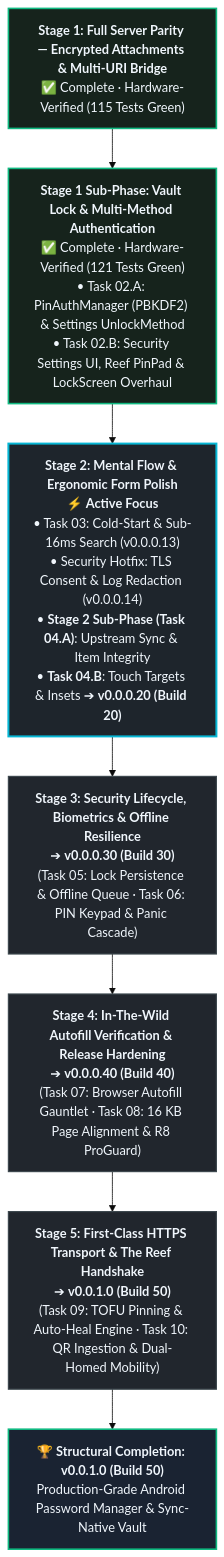
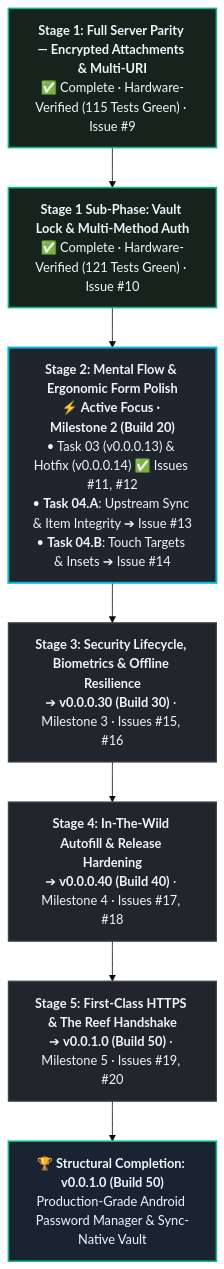
Before and after one commit to ClawStackStudios/ShellGuard-Mobile: the diagram in project/meta-prompt-ai-studio.md, drawn with Mermaid (base theme). The commit also changed other lines of this file, not shown here.

````diff
--- a/project/meta-prompt-ai-studio.md
+++ b/project/meta-prompt-ai-studio.md
@@ -16,23 +16,17 @@
 ```mermaid
 flowchart TD
     classDef stageDone fill:#16231C,stroke:#10B981,stroke-width:2px,color:#F0F6FC;
     classDef stageActive fill:#1E252C,stroke:#06B6D4,stroke-width:2.5px,color:#F0F6FC;
     classDef stageNext fill:#21262D,stroke:#3D484E,stroke-width:1.5px,color:#F0F6FC;
     classDef targetMilestone fill:#1A2332,stroke:#10B981,stroke-width:2px,color:#F0F6FC;
 
-    S1["<b>Stage 1: Full Server Parity — Encrypted Attachments & Multi-URI Bridge</b><br/>✅ Complete · Hardware-Verified (115 Tests Green)"]:::stageDone
-
-    S1_SUB["<b>Stage 1 Sub-Phase: Vault Lock & Multi-Method Authentication</b><br/>✅ Complete · Hardware-Verified (121 Tests Green)<br/>• Task 02.A: PinAuthManager (PBKDF2) & Settings UnlockMethod<br/>• Task 02.B: Security Settings UI, Reef PinPad & LockScreen Overhaul"]:::stageDone
-
-    S2["<b>Stage 2: Mental Flow & Ergonomic Form Polish</b><br/>⚡ <b>Active Focus</b><br/>• Task 03: Cold-Start & Sub-16ms Search (v0.0.0.13)<br/>• Security Hotfix: TLS Consent & Log Redaction (v0.0.0.14)<br/>• <b>Stage 2 Sub-Phase (Task 04.A)</b>: Upstream Sync & Item Integrity<br/>• <b>Task 04.B</b>: Touch Targets & Insets ➔ <b>v0.0.0.20 (Build 20)</b>"]:::stageActive
-
-    S3["<b>Stage 3: Security Lifecycle, Biometrics & Offline Resilience</b><br/>➔ <b>v0.0.0.30 (Build 30)</b><br/>(Task 05: Lock Persistence & Offline Queue · Task 06: PIN Keypad & Panic Cascade)"]:::stageNext
-
-    S4["<b>Stage 4: In-The-Wild Autofill Verification & Release Hardening</b><br/>➔ <b>v0.0.0.40 (Build 40)</b><br/>(Task 07: Browser Autofill Gauntlet · Task 08: 16 KB Page Alignment & R8 ProGuard)"]:::stageNext
-
-    S5["<b>Stage 5: First-Class HTTPS Transport & The Reef Handshake</b><br/>➔ <b>v0.0.1.0 (Build 50)</b><br/>(Task 09: TOFU Pinning & Auto-Heal Engine · Task 10: QR Ingestion & Dual-Homed Mobility)"]:::stageNext
-
+    S1["<b>Stage 1: Full Server Parity — Encrypted Attachments & Multi-URI</b><br/>✅ Complete · Hardware-Verified (115 Tests Green) · Issue #9"]:::stageDone
+    S1_SUB["<b>Stage 1 Sub-Phase: Vault Lock & Multi-Method Auth</b><br/>✅ Complete · Hardware-Verified (121 Tests Green) · Issue #10"]:::stageDone
+    S2["<b>Stage 2: Mental Flow & Ergonomic Form Polish</b><br/>⚡ <b>Active Focus · Milestone 2 (Build 20)</b><br/>• Task 03 (v0.0.0.13) & Hotfix (v0.0.0.14) ✅ Issues #11, #12<br/>• <b>Task 04.A</b>: Upstream Sync & Item Integrity ➔ Issue #13<br/>• <b>Task 04.B</b>: Touch Targets & Insets ➔ Issue #14"]:::stageActive
+    S3["<b>Stage 3: Security Lifecycle, Biometrics & Offline Resilience</b><br/>➔ <b>v0.0.0.30 (Build 30)</b> · Milestone 3 · Issues #15, #16"]:::stageNext
+    S4["<b>Stage 4: In-The-Wild Autofill & Release Hardening</b><br/>➔ <b>v0.0.0.40 (Build 40)</b> · Milestone 4 · Issues #17, #18"]:::stageNext
+    S5["<b>Stage 5: First-Class HTTPS & The Reef Handshake</b><br/>➔ <b>v0.0.1.0 (Build 50)</b> · Milestone 5 · Issues #19, #20"]:::stageNext
     M1["<b>🏆 Structural Completion: v0.0.1.0 (Build 50)</b><br/>Production-Grade Android Password Manager & Sync-Native Vault"]:::targetMilestone
 
     S1 --> S1_SUB --> S2 --> S3 --> S4 --> S5 --> M1
 ```
````
